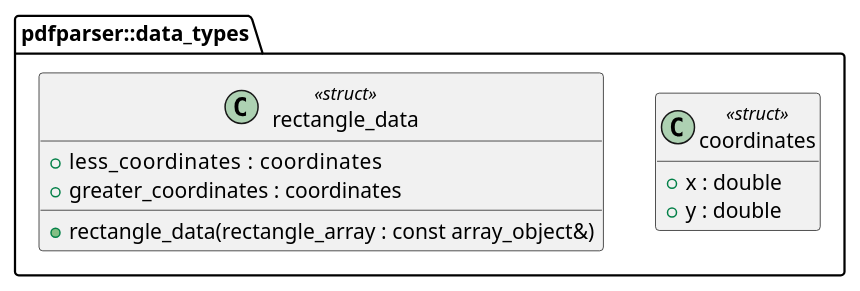
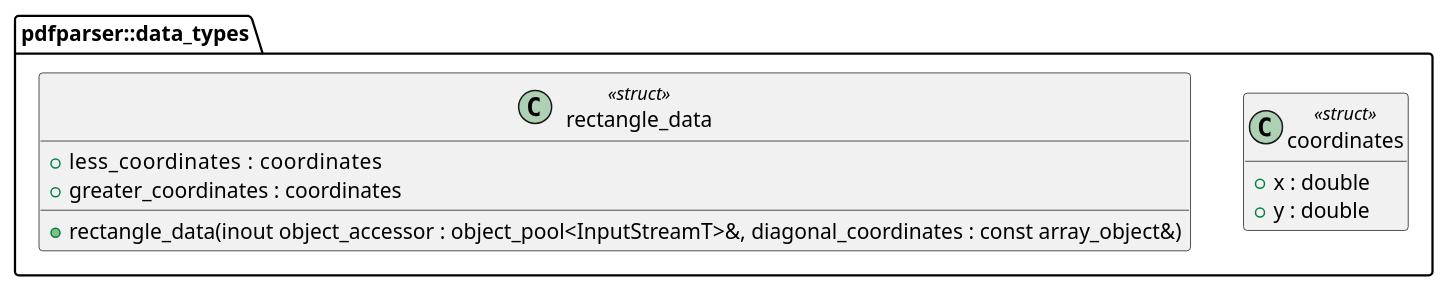
Before and after one commit to KodaiYM/PDFReader: the diagram in document/data_types.class.pu, drawn with PlantUML. The commit also changed 14 other files, not shown here.

```diff
--- a/document/data_types.class.pu
+++ b/document/data_types.class.pu
@@ -1,15 +1,15 @@
 @startuml data_types
 hide empty members
 namespace pdfparser::data_types {
 class coordinates<<struct>> {
 	+x : double
 	+y : double
 }
 class rectangle_data<<struct>> {
 	+less_coordinates    : coordinates
 	+greater_coordinates : coordinates
 
-	+rectangle_data(rectangle_array : const array_object&)
+	+rectangle_data(inout object_accessor : object_pool<InputStreamT>&, diagonal_coordinates : const array_object&)
 }
 }
 @enduml
```
